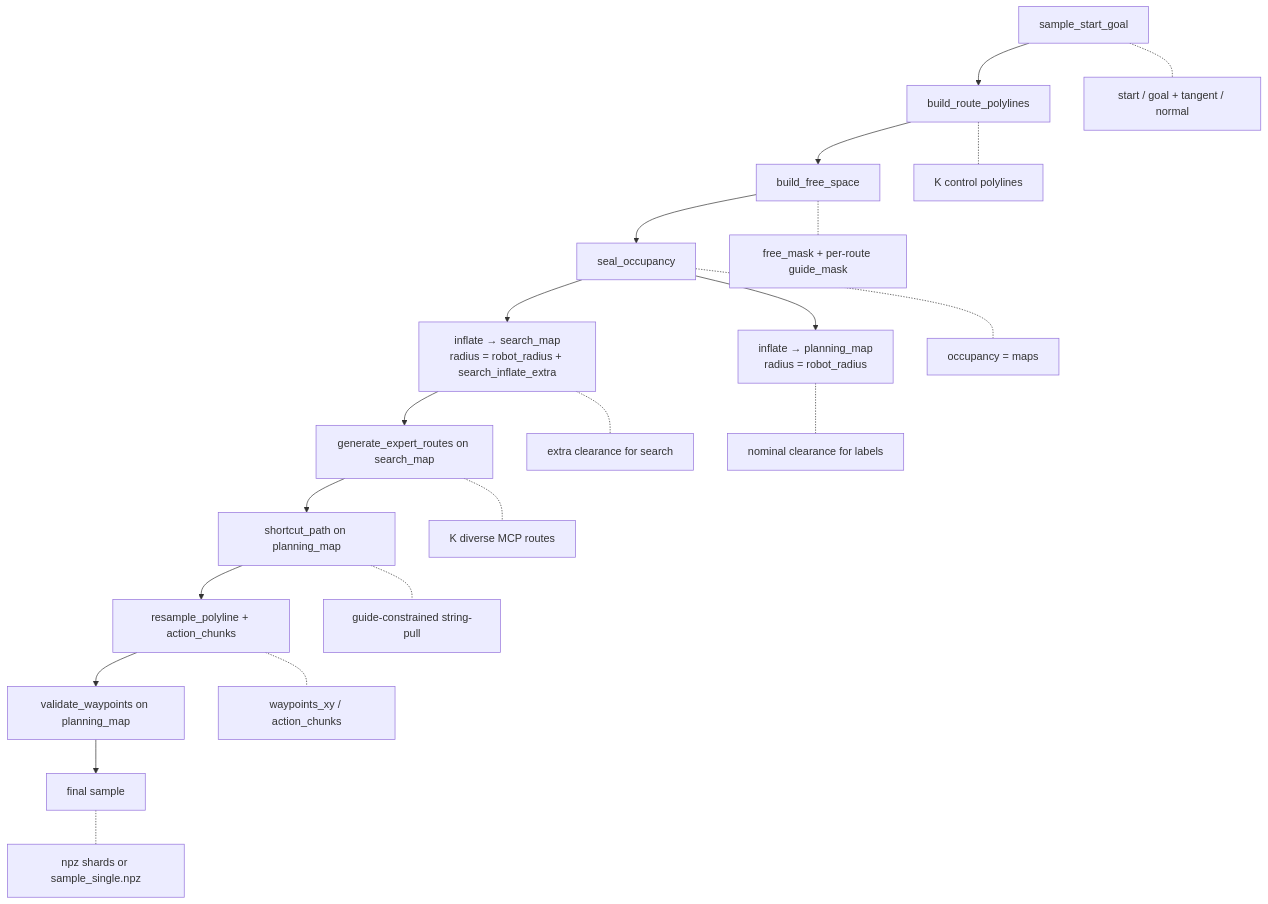
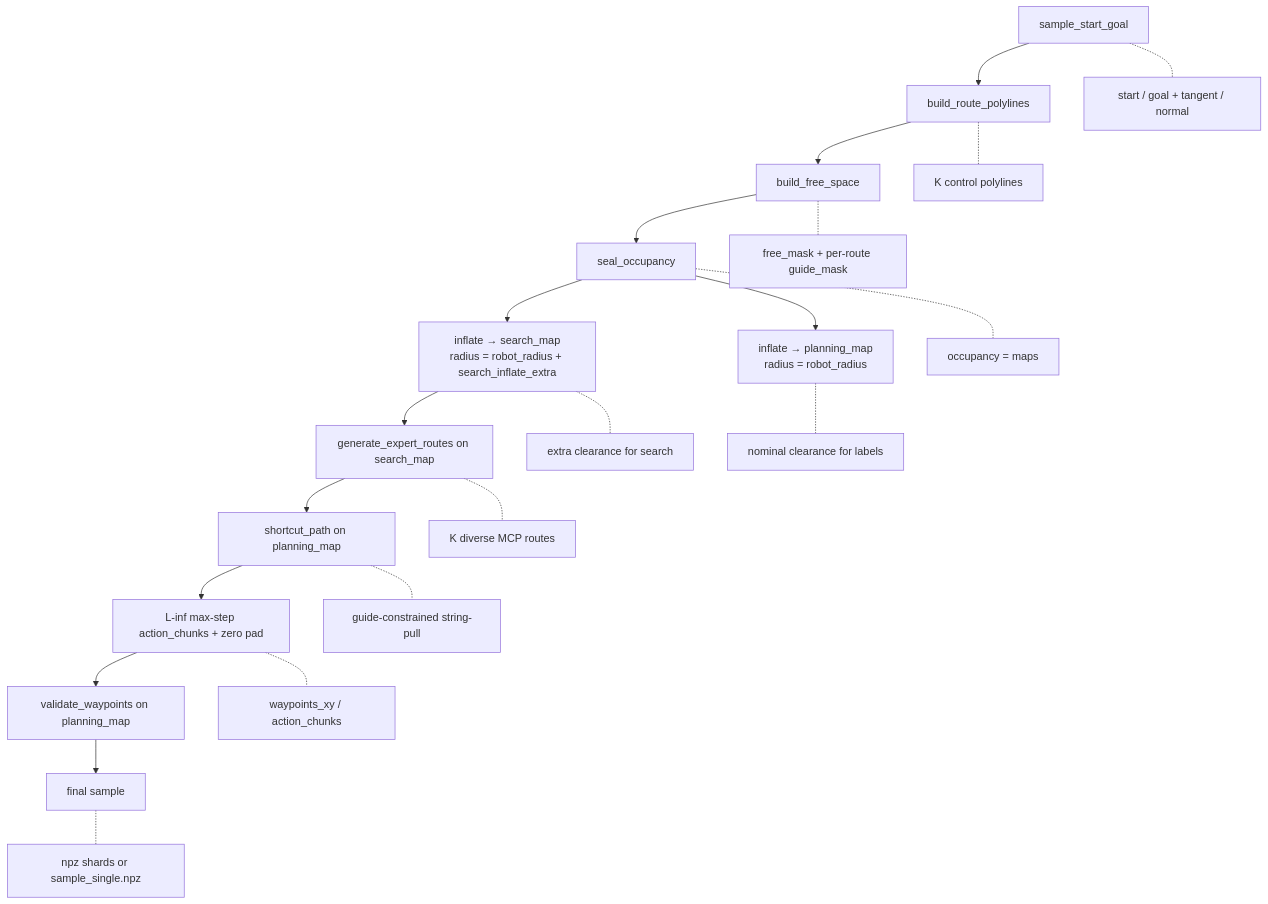
Before and after one commit to IBNBlank/maze_playground: the diagram in README.md, drawn with Mermaid. The commit also changed other lines of this file and 5 other files, not shown here.

````diff
--- a/README.md
+++ b/README.md
@@ -61,24 +61,24 @@
 ```mermaid
 flowchart TD
     A[sample_start_goal] --> B[build_route_polylines]
     B --> C[build_free_space]
     C --> D[seal_occupancy]
     D --> E1["inflate → search_map<br/>radius = robot_radius + search_inflate_extra"]
     D --> E2["inflate → planning_map<br/>radius = robot_radius"]
     E1 --> F[generate_expert_routes on search_map]
     F --> G[shortcut_path on planning_map]
-    G --> H[resample_polyline + action_chunks]
+    G --> H[L-inf max-step action_chunks + zero pad]
     H --> I[validate_waypoints on planning_map]
     I --> J[final sample]
 
     A -.- A1["start / goal + tangent / normal"]
     B -.- B1["K control polylines"]
     C -.- C1["free_mask + per-route guide_mask"]
     D -.- D1["occupancy = maps"]
     E1 -.- E1a["extra clearance for search"]
     E2 -.- E2a["nominal clearance for labels"]
     F -.- F1["K diverse MCP routes"]
     G -.- G1["guide-constrained string-pull"]
     H -.- H1["waypoints_xy / action_chunks"]
     J -.- J1["npz shards or sample_single.npz"]
 ```
````
